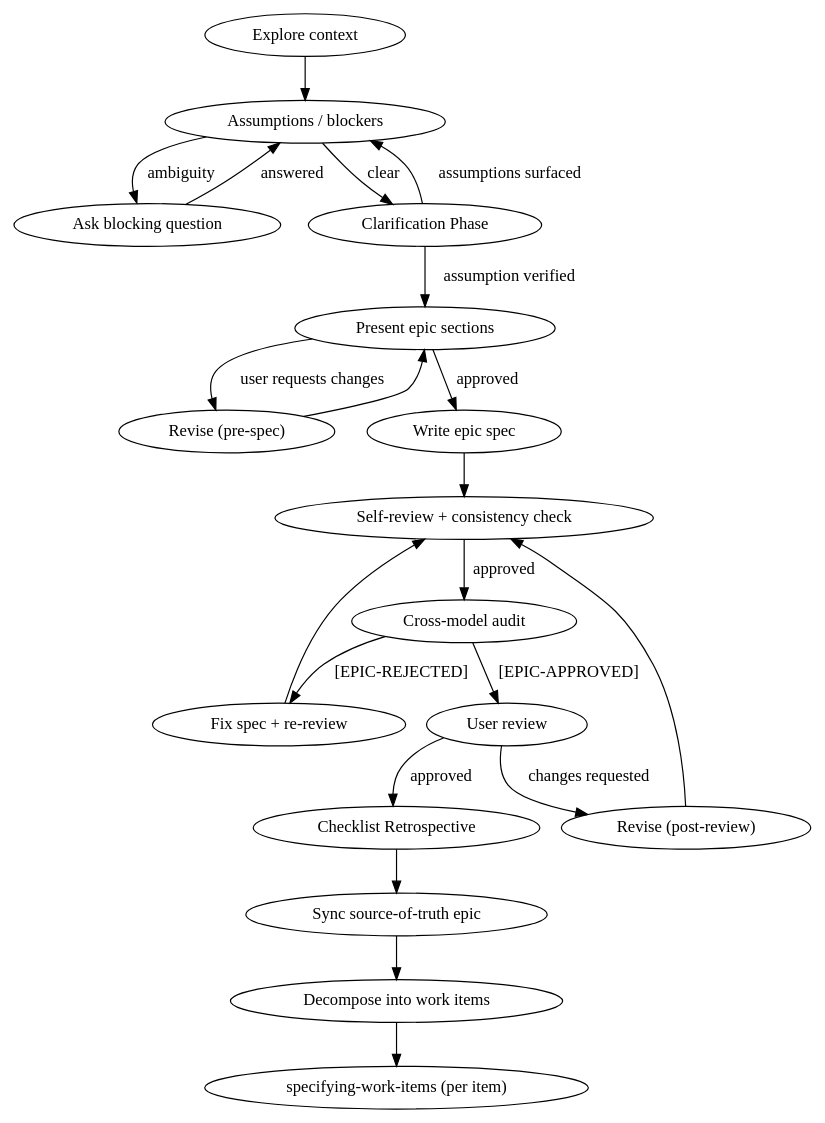
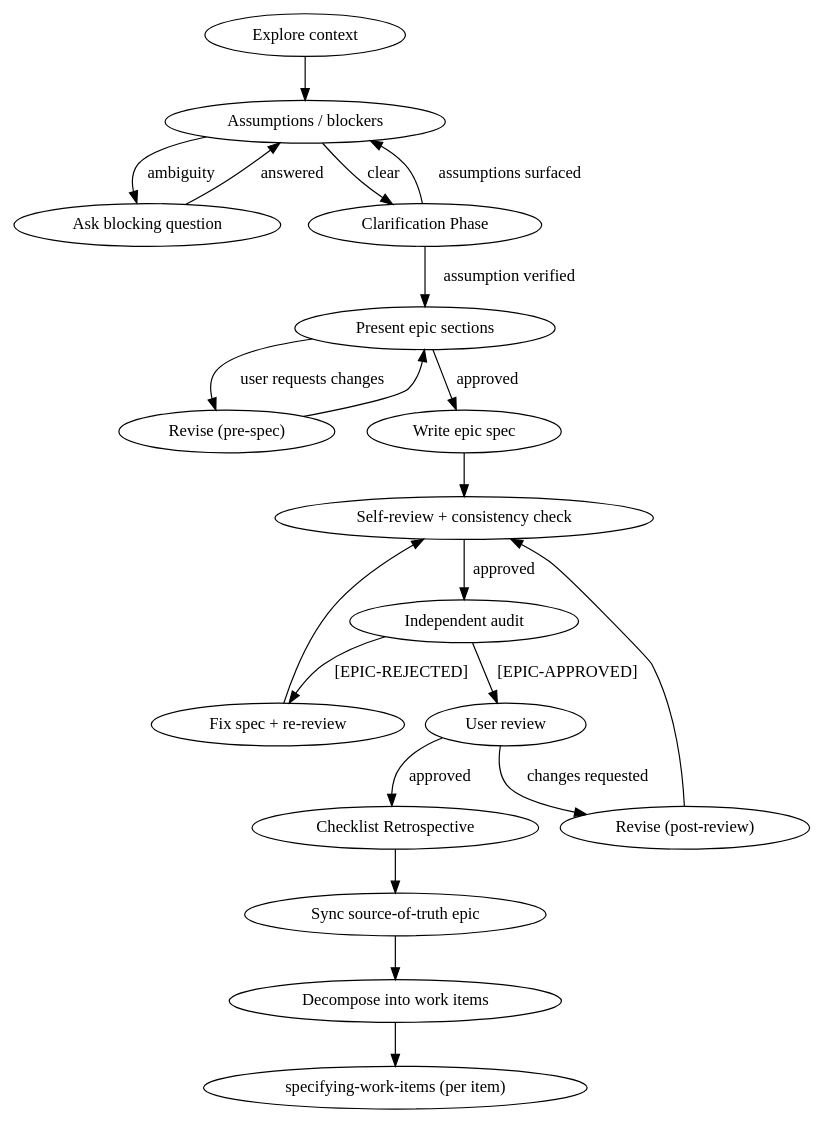
Before and after one commit to Itzalive/resistance-ai: the diagram in skills/specifying-epics/SKILL.md, drawn with Graphviz. The commit also changed other lines of this file and 11 other files, not shown here.

First line of the commit message:
feat(skills): rename cross-model audit to independent audit (#11)

````diff
--- a/skills/specifying-epics/SKILL.md
+++ b/skills/specifying-epics/SKILL.md
@@ -178,24 +178,24 @@
 ```dot
 digraph specifying_epics {
     "Explore context" -> "Assumptions / blockers";
     "Assumptions / blockers" -> "Ask blocking question" [label="ambiguity"];
     "Ask blocking question" -> "Assumptions / blockers" [label="answered"];
     "Assumptions / blockers" -> "Clarification Phase" [label="clear"];
     "Clarification Phase" -> "Assumptions / blockers" [label="assumptions surfaced"];
     "Clarification Phase" -> "Present epic sections" [label="assumption verified"];
     "Present epic sections" -> "Revise (pre-spec)" [label="user requests changes"];
     "Revise (pre-spec)" -> "Present epic sections";
     "Present epic sections" -> "Write epic spec" [label="approved"];
     "Write epic spec" -> "Self-review + consistency check";
-    "Self-review + consistency check" -> "Cross-model audit" [label="approved"];
+    "Self-review + consistency check" -> "Independent audit" [label="approved"];
     "Revise (post-review)" -> "Self-review + consistency check";
-    "Cross-model audit" -> "Fix spec + re-review" [label="[EPIC-REJECTED]"];
+    "Independent audit" -> "Fix spec + re-review" [label="[EPIC-REJECTED]"];
     "Fix spec + re-review" -> "Self-review + consistency check";
-    "Cross-model audit" -> "User review" [label="[EPIC-APPROVED]"];
+    "Independent audit" -> "User review" [label="[EPIC-APPROVED]"];
     "User review" -> "Revise (post-review)" [label="changes requested"];
     "User review" -> "Checklist Retrospective" [label="approved"];
     "Checklist Retrospective" -> "Sync source-of-truth epic";
     "Sync source-of-truth epic" -> "Decompose into work items";
     "Decompose into work items" -> "specifying-work-items (per item)";
 }
 ```
````
